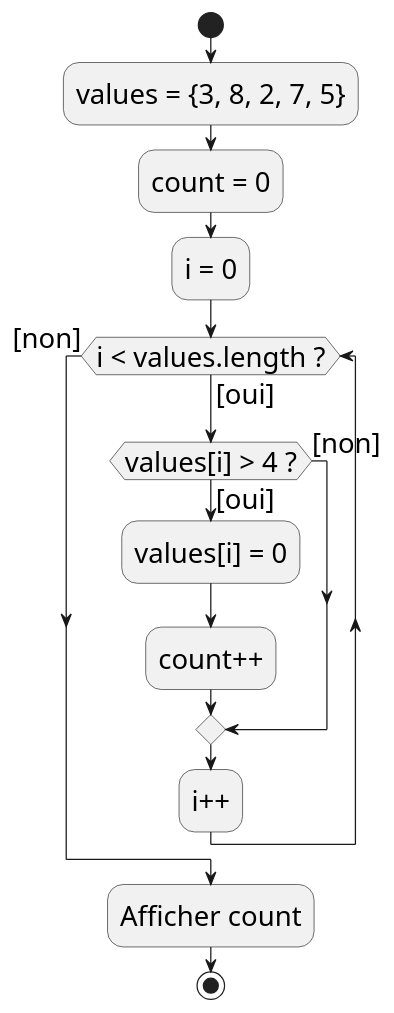
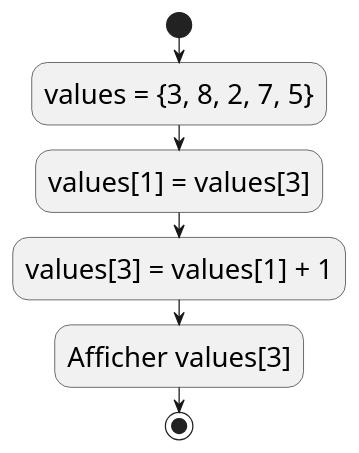
Before and after one commit to heig-vd-progim-course/heig-vd-progim1-course: the diagram in materiel/08-tableaux-et-lancement-du-mini-projet/diagrammes/a07.puml, drawn with PlantUML. The commit also changed 17 other files, not shown here.

```diff
--- a/materiel/08-tableaux-et-lancement-du-mini-projet/diagrammes/a07.puml
+++ b/materiel/08-tableaux-et-lancement-du-mini-projet/diagrammes/a07.puml
@@ -1,21 +1,13 @@
 @startuml a07
 skinparam backgroundColor transparent
 skinparam defaultFontName sans-serif
 skinparam defaultFontSize 22
 !pragma useVerticalIf on
 
 start
 :values = {3, 8, 2, 7, 5};
-:count = 0;
-:i = 0;
-while (i < values.length ?) is ([oui])
-  if (values[i] > 4 ?) then ([oui])
-    :values[i] = 0;
-    :count++;
-  else ([non])
-  endif
-  :i++;
-endwhile ([non])
-:Afficher count;
+:values[1] = values[3];
+:values[3] = values[1] + 1;
+:Afficher values[3];
 stop
 @enduml
```
